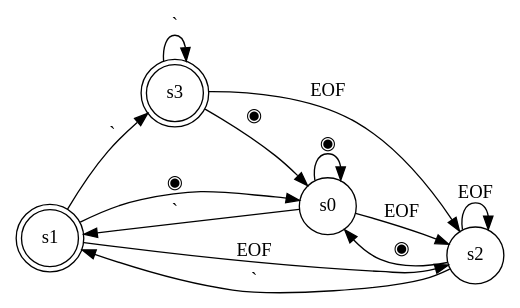
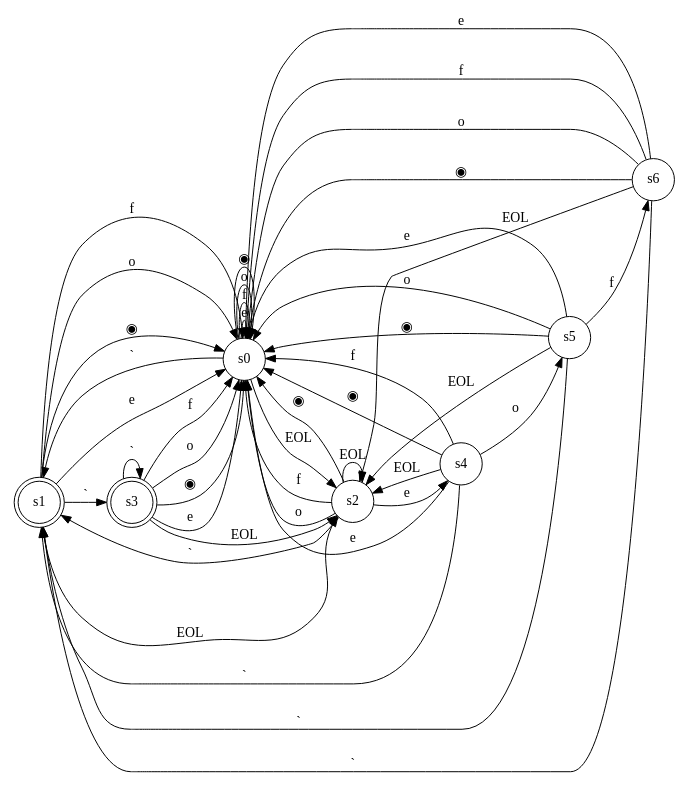
Before and after one commit to pschlump/lexie: the diagram in ref/mmm_machine_7.gv, drawn with Graphviz. The commit also changed 52 other files, not shown here.

```diff
--- a/ref/mmm_machine_7.gv
+++ b/ref/mmm_machine_7.gv
@@ -1,18 +1,48 @@
 digraph finite_state_machine {
 	rankdir=LR;
-	size="18,5"
+	size="18,8"
 	node [shape = doublecircle]; s1 s3;
 	node [shape = circle];
 	s0 -> s1 [ label = "`" ];
+	s0 -> s0 [ label = "e" ];
+	s0 -> s0 [ label = "f" ];
+	s0 -> s0 [ label = "o" ];
+	s0 -> s2 [ label = "EOL" ];
 	s0 -> s0 [ label = "◉" ];
-	s0 -> s2 [ label = "EOF" ];
 	s1 -> s3 [ label = "`" ];
+	s1 -> s0 [ label = "e" ];
+	s1 -> s0 [ label = "f" ];
+	s1 -> s0 [ label = "o" ];
+	s1 -> s2 [ label = "EOL" ];
 	s1 -> s0 [ label = "◉" ];
-	s1 -> s2 [ label = "EOF" ];
 	s2 -> s1 [ label = "`" ];
+	s2 -> s4 [ label = "e" ];
+	s2 -> s0 [ label = "f" ];
+	s2 -> s0 [ label = "o" ];
+	s2 -> s2 [ label = "EOL" ];
 	s2 -> s0 [ label = "◉" ];
-	s2 -> s2 [ label = "EOF" ];
 	s3 -> s3 [ label = "`" ];
+	s3 -> s0 [ label = "e" ];
+	s3 -> s0 [ label = "f" ];
+	s3 -> s0 [ label = "o" ];
+	s3 -> s2 [ label = "EOL" ];
 	s3 -> s0 [ label = "◉" ];
-	s3 -> s2 [ label = "EOF" ];
+	s4 -> s1 [ label = "`" ];
+	s4 -> s0 [ label = "e" ];
+	s4 -> s0 [ label = "f" ];
+	s4 -> s5 [ label = "o" ];
+	s4 -> s2 [ label = "EOL" ];
+	s4 -> s0 [ label = "◉" ];
+	s5 -> s1 [ label = "`" ];
+	s5 -> s0 [ label = "e" ];
+	s5 -> s6 [ label = "f" ];
+	s5 -> s0 [ label = "o" ];
+	s5 -> s2 [ label = "EOL" ];
+	s5 -> s0 [ label = "◉" ];
+	s6 -> s1 [ label = "`" ];
+	s6 -> s0 [ label = "e" ];
+	s6 -> s0 [ label = "f" ];
+	s6 -> s0 [ label = "o" ];
+	s6 -> s2 [ label = "EOL" ];
+	s6 -> s0 [ label = "◉" ];
 }
```
